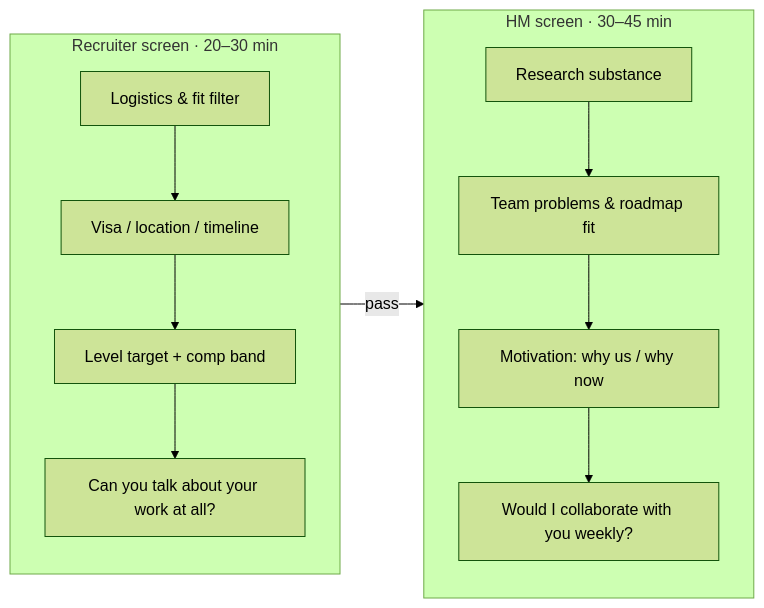
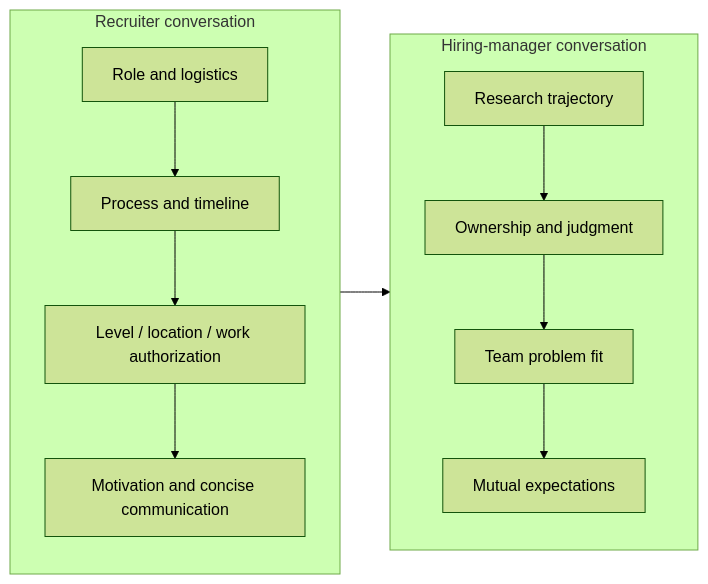
One commit to beomyoung-kim/ml_study changed the first of 2 diagrams in content/process/recruiter-hm.ko.md. Above: the diagram before and after it, drawn with Mermaid (forest theme). The commit also changed other lines of this file and 209 other files, not shown here.

````diff
--- a/content/process/recruiter-hm.ko.md
+++ b/content/process/recruiter-hm.ko.md
@@ -10,16 +13,16 @@
 ```mermaid
 flowchart LR
-  subgraph REC[Recruiter screen · 20–30 min]
+  subgraph REC[Recruiter conversation]
     direction TB
-    r1[Logistics & fit filter] --> r2[Visa / location / timeline]
-    r2 --> r3[Level target + comp band]
-    r3 --> r4[Can you talk about your work at all?]
+    r1[Role and logistics] --> r2[Process and timeline]
+    r2 --> r3[Level / location / work authorization]
+    r3 --> r4[Motivation and concise communication]
   end
-  subgraph HM[HM screen · 30–45 min]
+  subgraph HM[Hiring-manager conversation]
     direction TB
-    h1[Research substance] --> h2[Team problems & roadmap fit]
-    h2 --> h3[Motivation: why us / why now]
-    h3 --> h4[Would I collaborate with you weekly?]
+    h1[Research trajectory] --> h2[Ownership and judgment]
+    h2 --> h3[Team problem fit]
+    h3 --> h4[Mutual expectations]
   end
-  REC -->|pass| HM
+  REC --> HM
 ```
````
